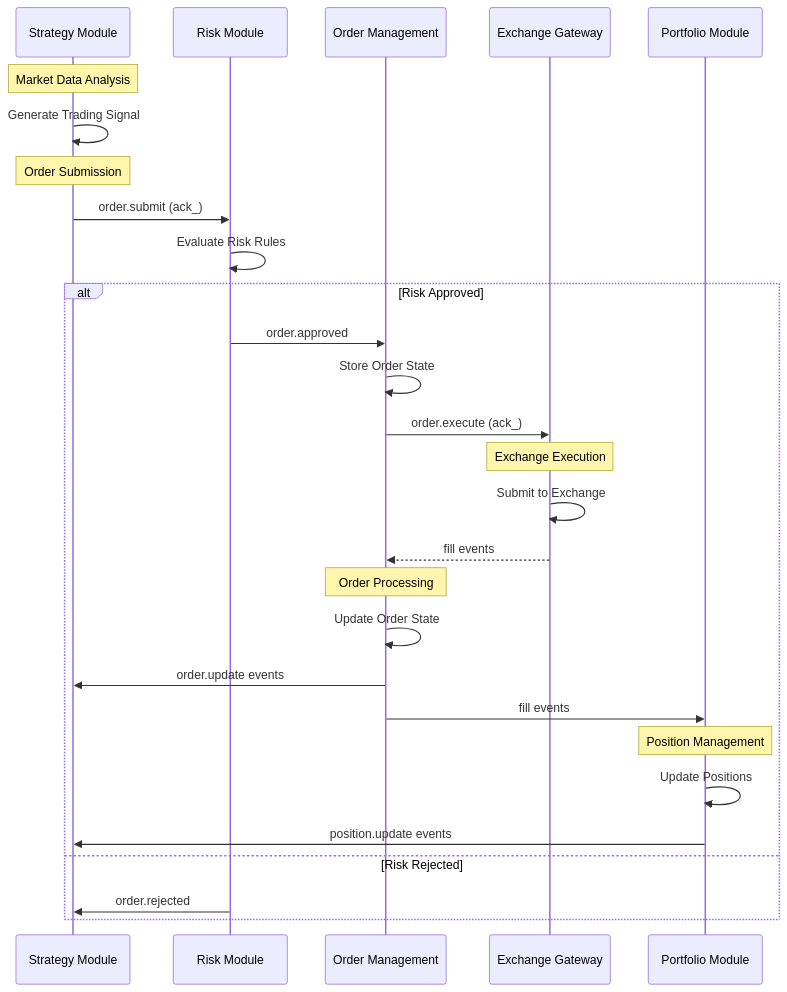
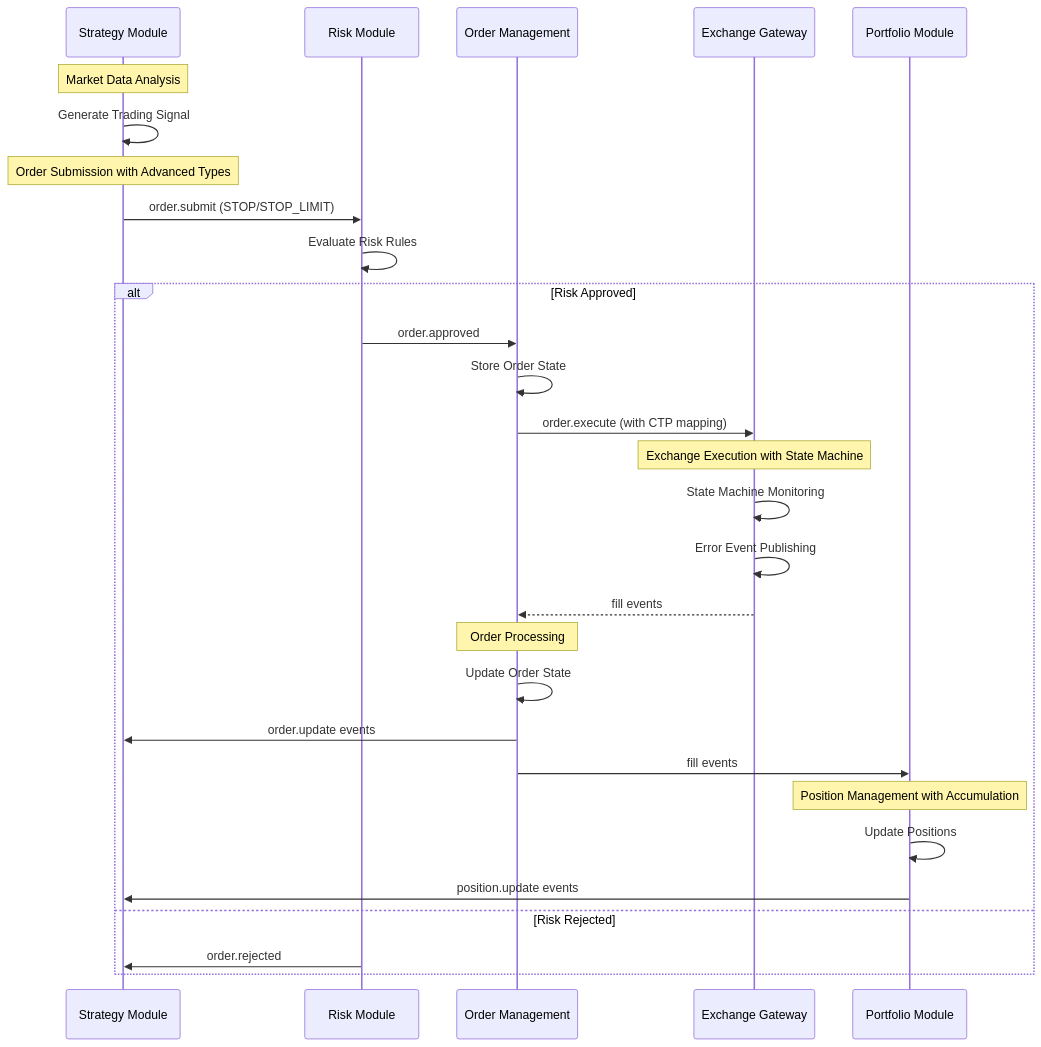
One commit to zt281/TycheEngine changed the tenth of 21 diagrams in .qoder/repowiki/en/content/Core Components/Multi-Asset Trading System.md. Above: the diagram before and after it, drawn with Mermaid. The commit also changed other lines of this file and 11 other files, not shown here.

````diff
--- a/.qoder/repowiki/en/content/Core Components/Multi-Asset Trading System.md
+++ b/.qoder/repowiki/en/content/Core Components/Multi-Asset Trading System.md
@@ -548,30 +564,31 @@
 ```mermaid
 sequenceDiagram
 participant Strategy as Strategy Module
 participant Risk as Risk Module
 participant OMS as Order Management
 participant Gateway as Exchange Gateway
 participant Portfolio as Portfolio Module
 Note over Strategy : Market Data Analysis
 Strategy->>Strategy : Generate Trading Signal
-Note over Strategy : Order Submission
-Strategy->>Risk : order.submit (ack_)
+Note over Strategy : Order Submission with Advanced Types
+Strategy->>Risk : order.submit (STOP/STOP_LIMIT)
 Risk->>Risk : Evaluate Risk Rules
 alt Risk Approved
 Risk->>OMS : order.approved
 OMS->>OMS : Store Order State
-OMS->>Gateway : order.execute (ack_)
-Note over Gateway : Exchange Execution
-Gateway->>Gateway : Submit to Exchange
+OMS->>Gateway : order.execute (with CTP mapping)
+Note over Gateway : Exchange Execution with State Machine
+Gateway->>Gateway : State Machine Monitoring
+Gateway->>Gateway : Error Event Publishing
 Gateway-->>OMS : fill events
 Note over OMS : Order Processing
 OMS->>OMS : Update Order State
 OMS->>Strategy : order.update events
 OMS->>Portfolio : fill events
-Note over Portfolio : Position Management
+Note over Portfolio : Position Management with Accumulation
 Portfolio->>Portfolio : Update Positions
 Portfolio->>Strategy : position.update events
 else Risk Rejected
 Risk->>Strategy : order.rejected
 end
 ```
````
